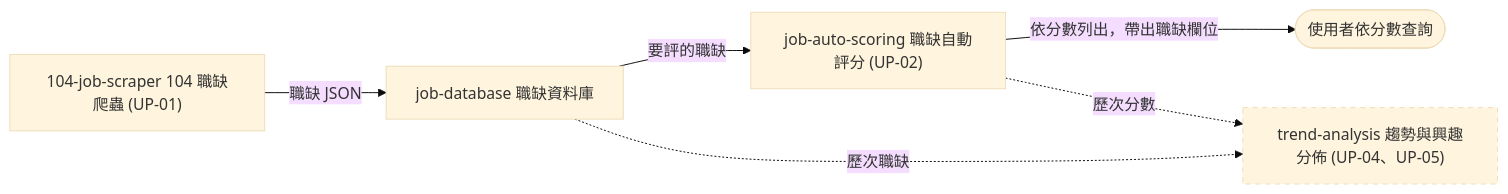
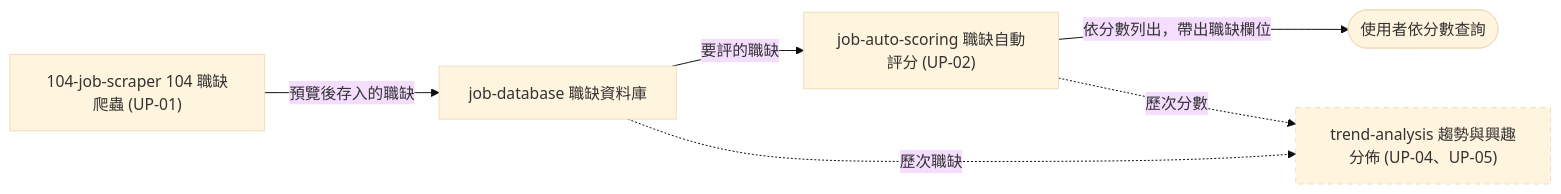
Before and after one commit to dlhdb/job-matching: the first of 2 diagrams in docs/product/overview.md, drawn with Mermaid (base theme). The commit also changed other lines of this file and 7 other files, not shown here.

First line of the commit message:
docs: 104-job-scraper 依 web app 原型改寫成抓取頁

````diff
--- a/docs/product/overview.md
+++ b/docs/product/overview.md
@@ -61,11 +61,11 @@
 ```mermaid
 flowchart LR
-    scraper["104-job-scraper 104 職缺爬蟲 (UP-01)"] -->|職缺 JSON| db["job-database 職缺資料庫"]
+    scraper["104-job-scraper 104 職缺爬蟲 (UP-01)"] -->|預覽後存入的職缺| db["job-database 職缺資料庫"]
     db -->|要評的職缺| scoring["job-auto-scoring 職缺自動評分 (UP-02)"]
     scoring -->|依分數列出，帶出職缺欄位| U2(["使用者依分數查詢"])
     db -.->|歷次職缺| trend["trend-analysis 趨勢與興趣分佈 (UP-04、UP-05)"]
     scoring -.->|歷次分數| trend
 
     classDef planned stroke-dasharray: 5 5
     class trend planned
 ```
````
